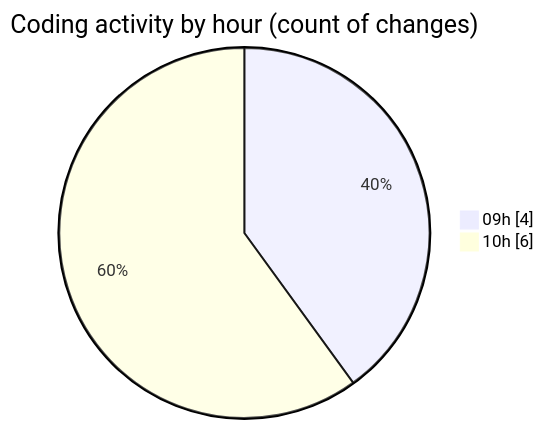
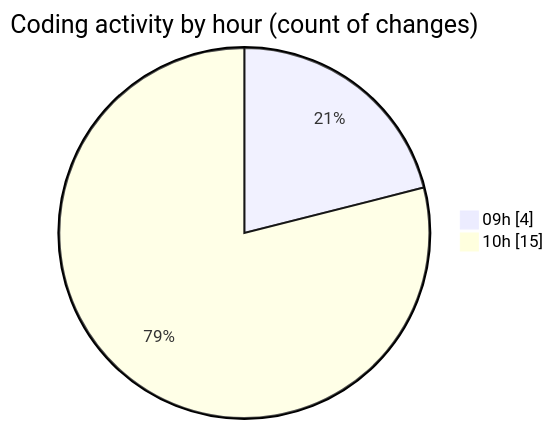
Before and after one commit to IJAZ3593/code-tracking: the second of 2 diagrams in 2025-09-14/new_folder/README.md, drawn with Mermaid. The commit also changed other lines of this file and 1 other file, not shown here.

````diff
--- a/2025-09-14/new_folder/README.md
+++ b/2025-09-14/new_folder/README.md
@@ -30,6 +32,6 @@
 ```mermaid
 pie showData
 title Coding activity by hour (count of changes)
 "09h" : 4
-"10h" : 6
+"10h" : 15
 ```
````
